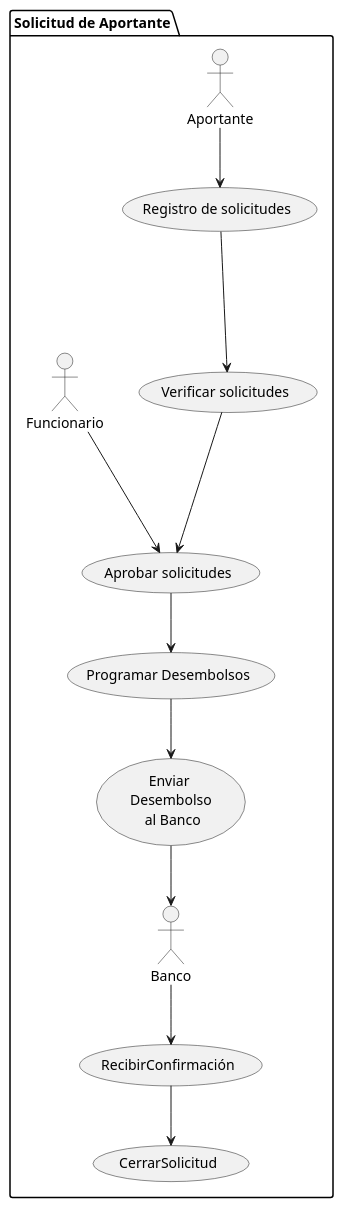
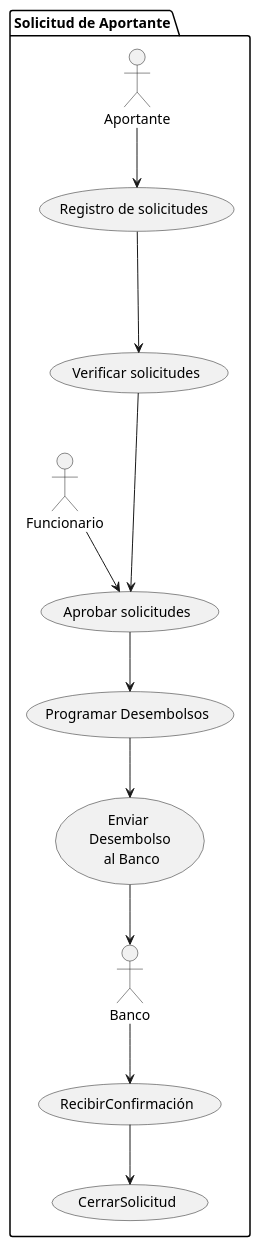
Before and after one commit to EvaluacionTI/Java-jdk8: the diagram in 03Develop/JFSADS-E08-TAL012DiagramCasoUso/src/main/resources/pe.unjfsc.ads.java8.uml/DCU01-SolicitudDeAportante.puml, drawn with PlantUML. The commit also changed 3 other files, not shown here.

```diff
--- a/03Develop/JFSADS-E08-TAL012DiagramCasoUso/src/main/resources/pe.unjfsc.ads.java8.uml/DCU01-SolicitudDeAportante.puml
+++ b/03Develop/JFSADS-E08-TAL012DiagramCasoUso/src/main/resources/pe.unjfsc.ads.java8.uml/DCU01-SolicitudDeAportante.puml
@@ -1,24 +1,25 @@
 @startuml
 package "Solicitud de Aportante"{
 actor Aportante
 actor Banco
 actor Funcionario
 
 usecase (Registro de solicitudes) as Registro
 usecase (Verificar solicitudes) as Verificar
 usecase (Aprobar solicitudes) as Aprobar
 usecase (Programar Desembolsos) as Programar
 usecase (Enviar \n Desembolso \n al Banco) as Enviar
-usecase RecibirConfirmación as Recibir
-usecase CerrarSolicitud as Cerrar
+usecase (RecibirConfirmación) as Recibir
+usecase (CerrarSolicitud) as Cerrar
 
 Aportante --> Registro
 Registro ---> Verificar
-Funcionario ---> Aprobar
 Verificar ---> Aprobar
+Funcionario --> Aprobar
 Aprobar --> Programar
 Programar --> Enviar
 Enviar --> Banco
 Banco --> Recibir
 Recibir --> Cerrar
+}
 @enduml
```
